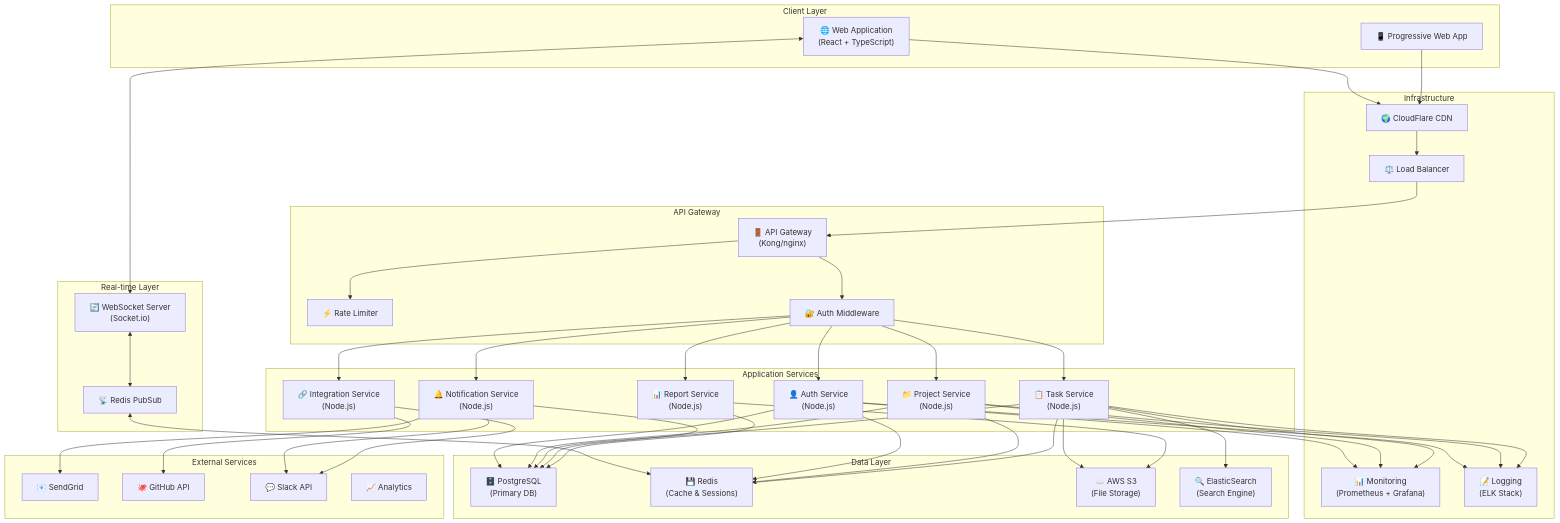
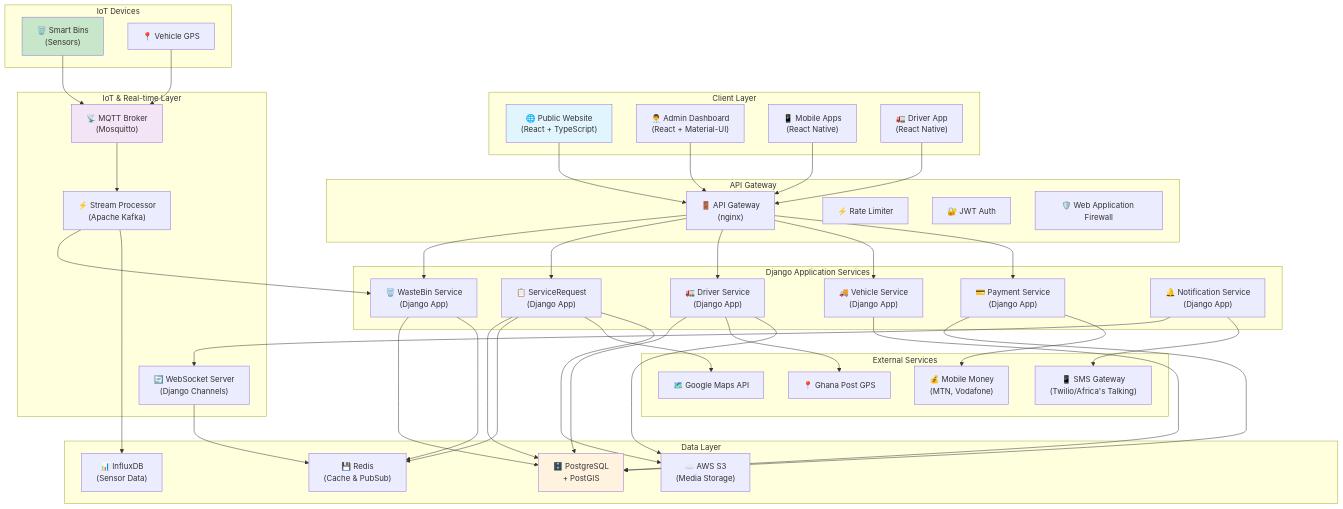
One commit to Ellis-Ayikwei/waste-wise changed the diagram in documentation/architecture/README.md. Above: the diagram before and after it, drawn with Mermaid. The commit also changed other lines of this file and 5 other files, not shown here.

Commit message:
Update architecture docs for Wasgo smart waste management system

````diff
--- a/documentation/architecture/README.md
+++ b/documentation/architecture/README.md
@@ -8,96 +8,102 @@
 ```mermaid
 graph TB
     subgraph "Client Layer"
-        Web["🌐 Web Application<br/>(React + TypeScript)"]
-        PWA["📱 Progressive Web App"]
+        Web["🌐 Public Website<br/>(React + TypeScript)"]
+        Admin["👨‍💼 Admin Dashboard<br/>(React + Material-UI)"]
+        Mobile["📱 Mobile Apps<br/>(React Native)"]
+        Driver["🚛 Driver App<br/>(React Native)"]
     end
     
     subgraph "API Gateway"
-        Gateway["🚪 API Gateway<br/>(Kong/nginx)"]
+        Gateway["🚪 API Gateway<br/>(nginx)"]
         RateLimit["⚡ Rate Limiter"]
-        Auth["🔐 Auth Middleware"]
+        Auth["🔐 JWT Auth"]
+        WAF["🛡️ Web Application Firewall"]
     end
     
-    subgraph "Application Services"
-        AuthService["👤 Auth Service<br/>(Node.js)"]
-        ProjectService["📁 Project Service<br/>(Node.js)"]
-        TaskService["📋 Task Service<br/>(Node.js)"]
-        NotificationService["🔔 Notification Service<br/>(Node.js)"]
-        ReportService["📊 Report Service<br/>(Node.js)"]
-        IntegrationService["🔗 Integration Service<br/>(Node.js)"]
+    subgraph "Django Application Services"
+        WasteBinService["🗑️ WasteBin Service<br/>(Django App)"]
+        ServiceRequestService["📋 ServiceRequest<br/>(Django App)"]
+        DriverService["🚛 Driver Service<br/>(Django App)"]
+        VehicleService["🚚 Vehicle Service<br/>(Django App)"]
+        PaymentService["💳 Payment Service<br/>(Django App)"]
+        NotificationService["🔔 Notification Service<br/>(Django App)"]
     end
     
-    subgraph "Real-time Layer"
-        WebSocket["🔄 WebSocket Server<br/>(Socket.io)"]
-        PubSub["📡 Redis PubSub"]
+    subgraph "IoT & Real-time Layer"
+        MQTT["📡 MQTT Broker<br/>(Mosquitto)"]
+        WebSocket["🔄 WebSocket Server<br/>(Django Channels)"]
+        StreamProcessor["⚡ Stream Processor<br/>(Apache Kafka)"]
     end
     
     subgraph "Data Layer"
-        PostgreSQL["🗄️ PostgreSQL<br/>(Primary DB)"]
-        Redis["💾 Redis<br/>(Cache & Sessions)"]
-        S3["☁️ AWS S3<br/>(File Storage)"]
-        ElasticSearch["🔍 ElasticSearch<br/>(Search Engine)"]
+        PostgreSQL["🗄️ PostgreSQL<br/>+ PostGIS"]
+        Redis["💾 Redis<br/>(Cache & PubSub)"]
+        S3["☁️ AWS S3<br/>(Media Storage)"]
+        TimeSeries["📊 InfluxDB<br/>(Sensor Data)"]
     end
     
     subgraph "External Services"
-        Email["📧 SendGrid"]
-        GitHub["🐙 GitHub API"]
-        Slack["💬 Slack API"]
-        Analytics["📈 Analytics"]
+        MobileMoney["💰 Mobile Money<br/>(MTN, Vodafone)"]
+        SMS["📱 SMS Gateway<br/>(Twilio/Africa's Talking)"]
+        Maps["🗺️ Google Maps API"]
+        GhanaPost["📍 Ghana Post GPS"]
     end
     
-    subgraph "Infrastructure"
-        LoadBalancer["⚖️ Load Balancer"]
-        CDN["🌍 CloudFlare CDN"]
-        Monitor["📊 Monitoring<br/>(Prometheus + Grafana)"]
-        Logs["📝 Logging<br/>(ELK Stack)"]
+    subgraph "IoT Devices"
+        SmartBins["🗑️ Smart Bins<br/>(Sensors)"]
+        GPS["📍 Vehicle GPS"]
     end
     
-    Web --> CDN
-    PWA --> CDN
-    CDN --> LoadBalancer
-    LoadBalancer --> Gateway
+    %% Client connections
+    Web --> Gateway
+    Admin --> Gateway
+    Mobile --> Gateway
+    Driver --> Gateway
     
-    Gateway --> Auth
-    Gateway --> RateLimit
+    %% Gateway to services
+    Gateway --> WasteBinService
+    Gateway --> ServiceRequestService
+    Gateway --> DriverService
+    Gateway --> VehicleService
+    Gateway --> PaymentService
     
-    Auth --> AuthService
-    Auth --> ProjectService
-    Auth --> TaskService
-    Auth --> NotificationService
-    Auth --> ReportService
-    Auth --> IntegrationService
+    %% IoT connections
+    SmartBins --> MQTT
+    GPS --> MQTT
+    MQTT --> StreamProcessor
+    StreamProcessor --> WasteBinService
     
-    Web <--> WebSocket
-    WebSocket <--> PubSub
-    PubSub <--> Redis
+    %% Real-time connections
+    WebSocket --> Redis
+    NotificationService --> WebSocket
     
-    AuthService --> PostgreSQL
-    AuthService --> Redis
+    %% Service to data layer
+    WasteBinService --> PostgreSQL
+    ServiceRequestService --> PostgreSQL
+    DriverService --> PostgreSQL
+    VehicleService --> PostgreSQL
+    PaymentService --> PostgreSQL
     
-    ProjectService --> PostgreSQL
-    ProjectService --> Redis
+    %% Cache connections
+    WasteBinService --> Redis
+    ServiceRequestService --> Redis
     
-    TaskService --> PostgreSQL
-    TaskService --> Redis
-    TaskService --> ElasticSearch
-    TaskService --> S3
+    %% Time series data
+    StreamProcessor --> TimeSeries
     
-    NotificationService --> PostgreSQL
-    NotificationService --> Email
-    NotificationService --> Slack
+    %% External service connections
+    PaymentService --> MobileMoney
+    NotificationService --> SMS
+    ServiceRequestService --> Maps
+    DriverService --> GhanaPost
     
-    ReportService --> PostgreSQL
-    ReportService --> S3
+    %% File storage
+    ServiceRequestService --> S3
+    DriverService --> S3
     
-    IntegrationService --> GitHub
-    IntegrationService --> Slack
-    
-    AuthService --> Monitor
-    ProjectService --> Monitor
-    TaskService --> Monitor
-    
-    AuthService --> Logs
-    ProjectService --> Logs
-    TaskService --> Logs
+    style Web fill:#e1f5fe
+    style SmartBins fill:#c8e6c9
+    style PostgreSQL fill:#fff3e0
+    style MQTT fill:#f3e5f5
 ```
````
